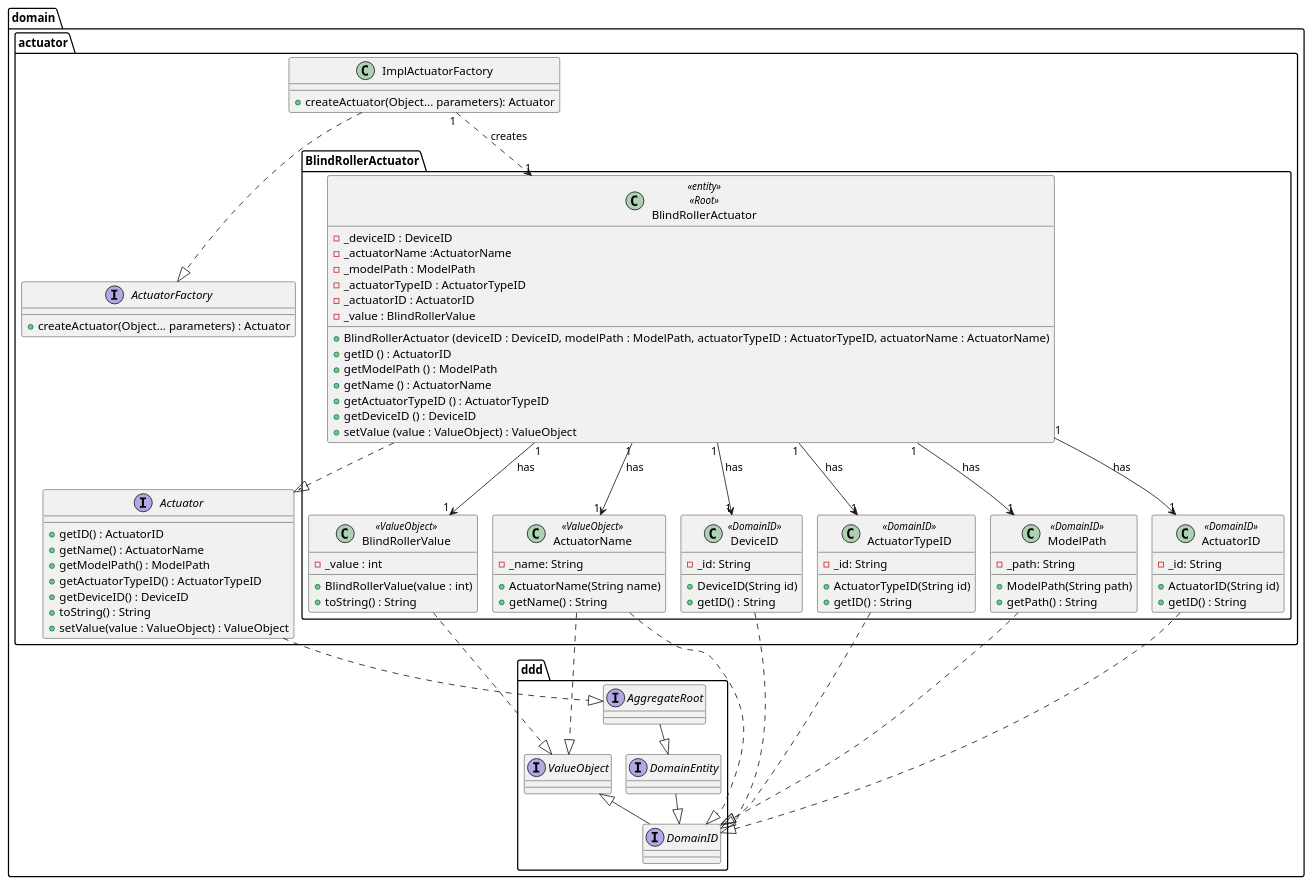
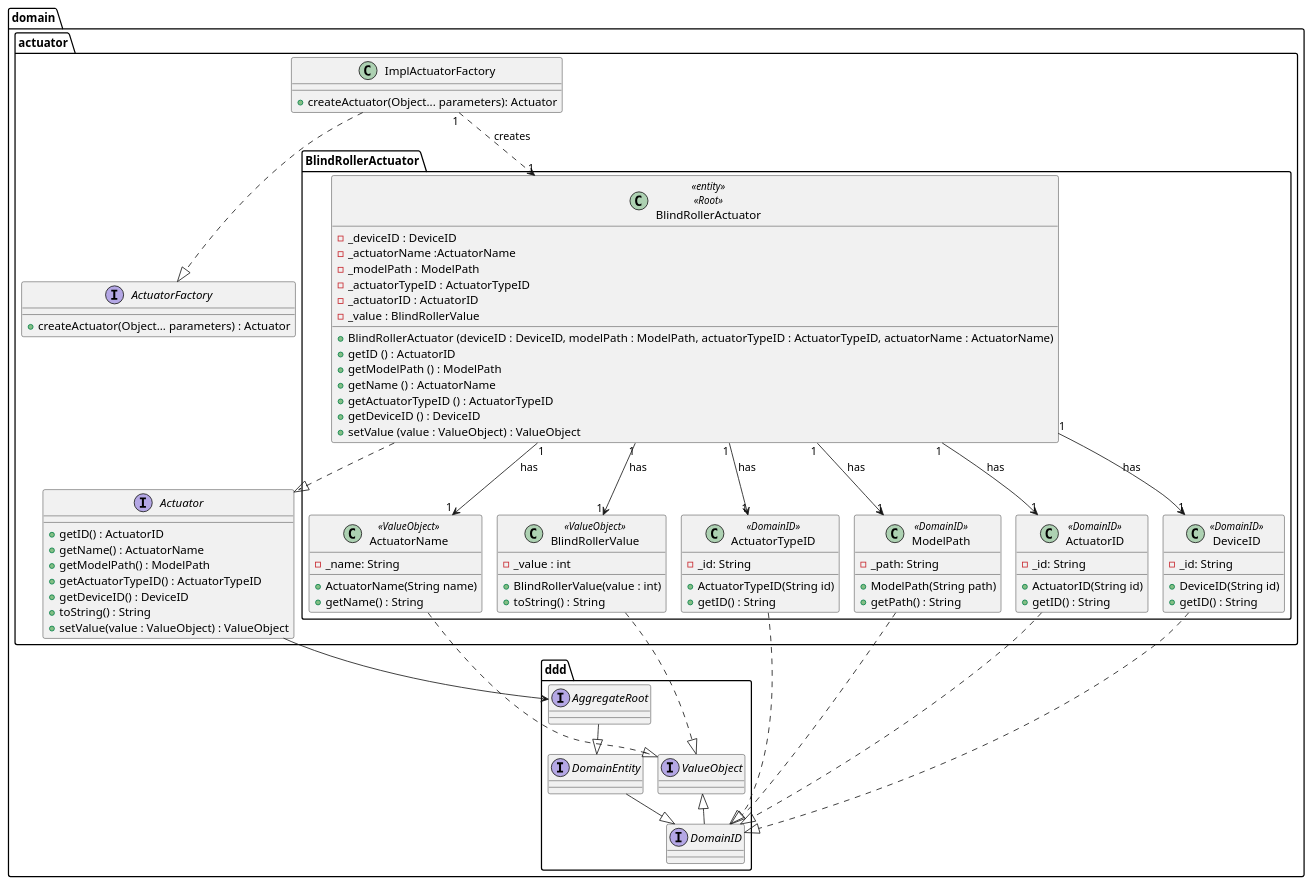
Before and after one commit to olivDiogo/SmartHome: the diagram in docs/userStories/us14/artifacts/US14CD.puml, drawn with PlantUML.

Commit message:
[REFACTOR] - correction cardinalities. Closes #125

```diff
--- a/docs/userStories/us14/artifacts/US14CD.puml
+++ b/docs/userStories/us14/artifacts/US14CD.puml
@@ -1,130 +1,129 @@
 @startuml
 !pragma layout smetana
 
 package domain.actuator {
 
     interface Actuator {
             'Methods'
             + getID() : ActuatorID
             + getName() : ActuatorName
             + getModelPath() : ModelPath
             + getActuatorTypeID() : ActuatorTypeID
             + getDeviceID() : DeviceID
             + toString() : String
             + setValue(value : ValueObject) : ValueObject
     }
 
     interface ActuatorFactory {
         + createActuator(Object... parameters) : Actuator
     }
 
     class ImplActuatorFactory{
         + createActuator(Object... parameters): Actuator
     }
 }
 
 package domain.actuator.BlindRollerActuator {
 
         class domain.actuator.BlindRollerActuator.BlindRollerActuator <<entity>> <<Root>> {
         'Attributes'
         - _deviceID : DeviceID
         - _actuatorName :ActuatorName
         - _modelPath : ModelPath
         - _actuatorTypeID : ActuatorTypeID
         - _actuatorID : ActuatorID
         - _value : BlindRollerValue
 
         'Methods'
         +BlindRollerActuator (deviceID : DeviceID, modelPath : ModelPath, actuatorTypeID : ActuatorTypeID, actuatorName : ActuatorName)
         +getID () : ActuatorID
         +getModelPath () : ModelPath
         +getName () : ActuatorName
         +getActuatorTypeID () : ActuatorTypeID
         +getDeviceID () : DeviceID
         +setValue (value : ValueObject) : ValueObject
     }
 
 
     class BlindRollerValue <<ValueObject>> {
         'Attributes'
         -_value : int
 
         'Methods'
         +BlindRollerValue(value : int)
         +toString() : String
     }
 
     class ActuatorTypeID <<DomainID>> {
         - _id: String
         + ActuatorTypeID(String id)
         + getID() : String
     }
 
 
     class ModelPath <<DomainID>> {
         - _path: String
         + ModelPath(String path)
         + getPath() : String
     }
 
     class ActuatorName <<ValueObject>> {
         - _name: String
         + ActuatorName(String name)
         + getName() : String
     }
 
 
     class ActuatorID <<DomainID>> {
         - _id: String
         + ActuatorID(String id)
         + getID() : String
     }
 
     class DeviceID <<DomainID>> {
         - _id: String
         + DeviceID(String id)
         + getID() : String
     }
 }
 
 package domain.ddd {
 
   interface DomainEntity {
   }
 
   interface DomainID extends ValueObject{
   }
 
   interface AggregateRoot {
   }
 
   interface ValueObject {
   }
 }
 
 ImplActuatorFactory ..|> ActuatorFactory
 ImplActuatorFactory "1" ..> "1" domain.actuator.BlindRollerActuator.BlindRollerActuator : creates
 
 domain.actuator.BlindRollerActuator.BlindRollerActuator ..|> domain.actuator.Actuator
 domain.actuator.BlindRollerActuator.BlindRollerActuator "1" --> "1" domain.actuator.BlindRollerActuator.BlindRollerValue : has
 domain.actuator.BlindRollerActuator.BlindRollerActuator "1" -->  "1" ActuatorTypeID : has
 domain.actuator.BlindRollerActuator.BlindRollerActuator "1" -->  "1" ModelPath : has
 domain.actuator.BlindRollerActuator.BlindRollerActuator "1" -->  "1" ActuatorName : has
 domain.actuator.BlindRollerActuator.BlindRollerActuator "1" -->  "1" ActuatorID : has
 domain.actuator.BlindRollerActuator.BlindRollerActuator "1" -->  "1" DeviceID : has
 
 domain.actuator.BlindRollerActuator.BlindRollerValue ..|> domain.ddd.ValueObject
 domain.actuator.BlindRollerActuator.ActuatorName ..|> domain.ddd.ValueObject
 
 DomainEntity --|> DomainID
 AggregateRoot --|> DomainEntity
 
-domain.actuator.Actuator ..|> domain.ddd.AggregateRoot
+domain.actuator.Actuator --> domain.ddd.AggregateRoot
 
 ActuatorTypeID ..|> domain.ddd.DomainID
 ActuatorID ..|> domain.ddd.DomainID
 ModelPath ..|> domain.ddd.DomainID
-ActuatorName ..|> domain.ddd.DomainID
 DeviceID ..|> domain.ddd.DomainID
 
 @enduml
```
